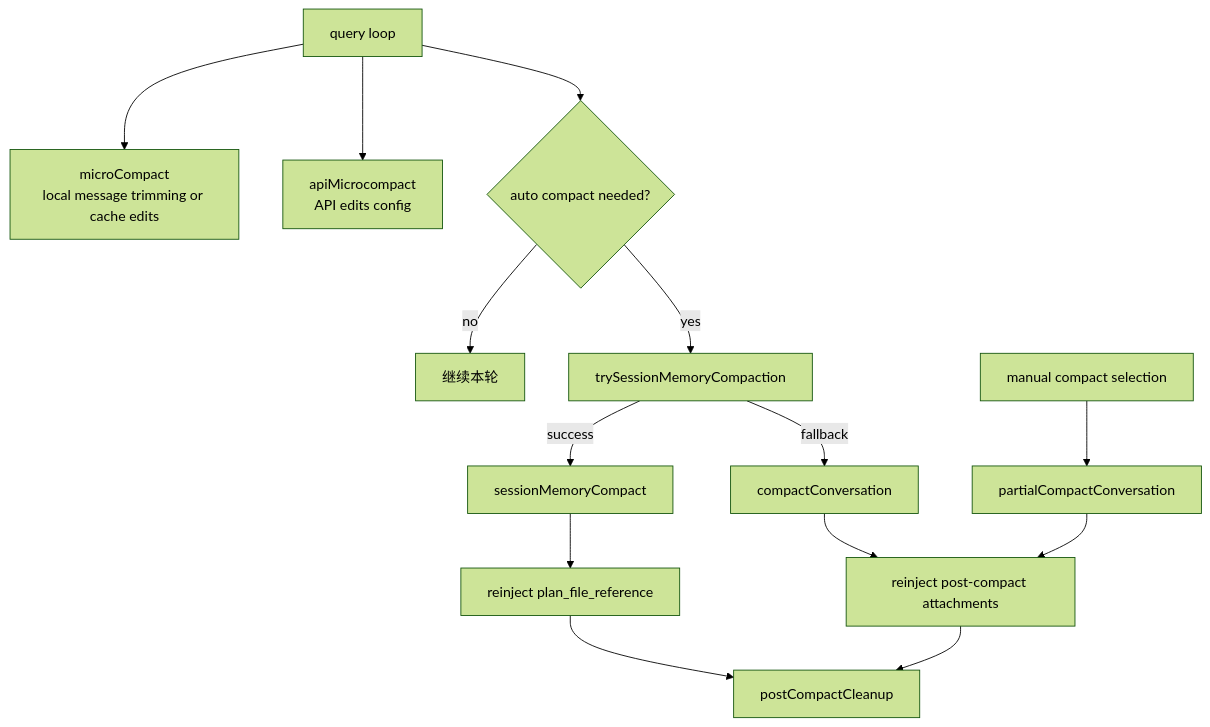
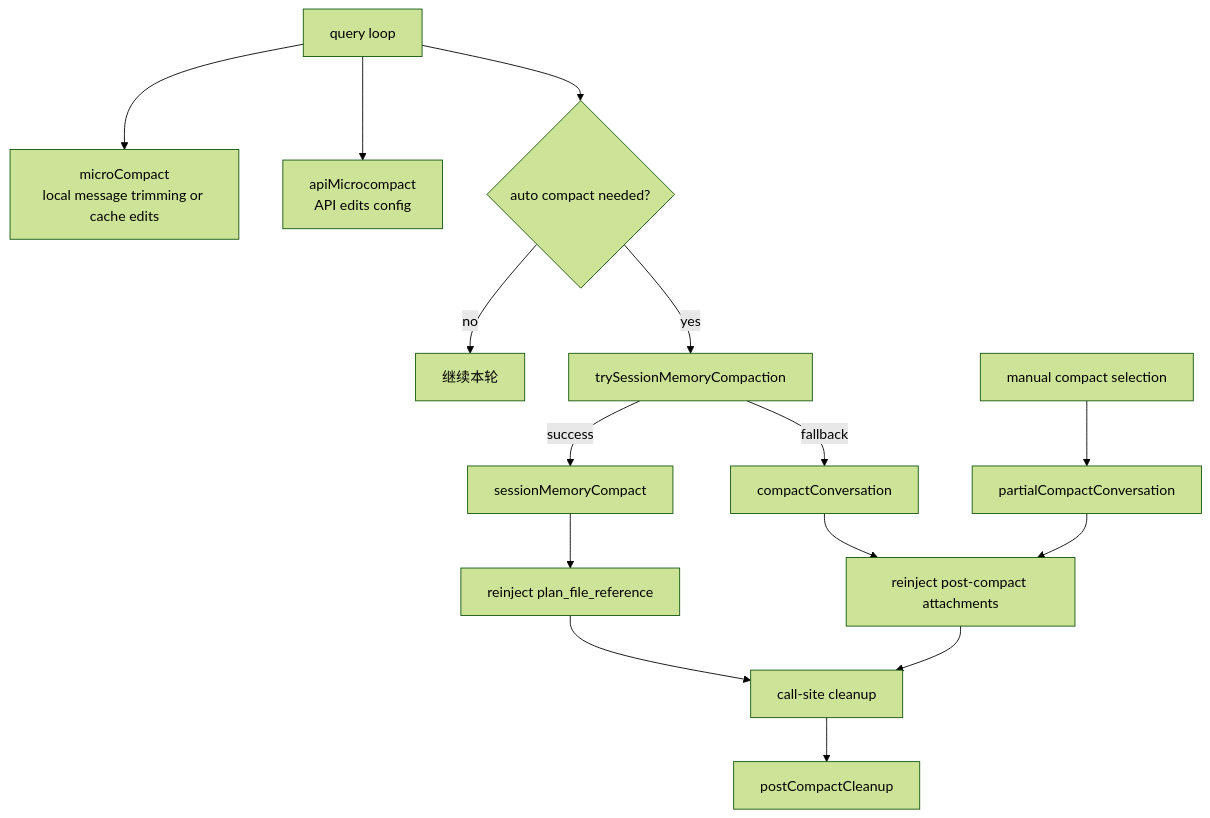
Before and after one commit to Boulea7/ClaudeCode-Source-DeepDive: the first of 2 diagrams in MODULES/02-planning-compaction-and-assistant/DEEP/README.md, drawn with Mermaid (forest theme). The commit also changed other lines of this file and 13 other files, not shown here.

Commit message:
docs: polish architecture and remaining source-backed wording

````diff
--- a/MODULES/02-planning-compaction-and-assistant/DEEP/README.md
+++ b/MODULES/02-planning-compaction-and-assistant/DEEP/README.md
@@ -272,16 +276,17 @@
 ```mermaid
 flowchart TD
     A[query loop] --> B[microCompact<br/>local message trimming or cache edits]
     A --> C[apiMicrocompact<br/>API edits config]
     A --> D{auto compact needed?}
     D -- no --> E[继续本轮]
     D -- yes --> F[trySessionMemoryCompaction]
     F -- success --> G[sessionMemoryCompact]
     F -- fallback --> H[compactConversation]
     I[manual compact selection] --> J[partialCompactConversation]
     G --> K[reinject plan_file_reference]
     H --> L[reinject post-compact attachments]
     J --> L
-    K --> M[postCompactCleanup]
+    M[call-site cleanup] --> N[postCompactCleanup]
+    K --> M
     L --> M
 ```
````
